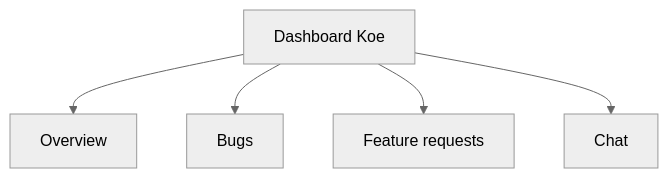
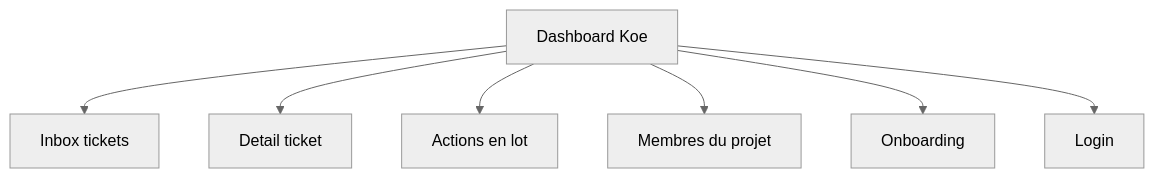
One commit to Wifsimster/koe changed the first of 2 diagrams in docs/statut-dashboard.md. Above: the diagram before and after it, drawn with Mermaid (neutral theme). The commit also changed other lines of this file and 5 other files, not shown here.

````diff
--- a/docs/statut-dashboard.md
+++ b/docs/statut-dashboard.md
@@ -7,7 +7,9 @@
 ```mermaid
 graph TD
-    A[Dashboard Koe] --> B[Overview]
-    A --> C[Bugs]
-    A --> D[Feature requests]
-    A --> E[Chat]
+    A[Dashboard Koe] --> B[Inbox tickets]
+    A --> C[Detail ticket]
+    A --> D[Actions en lot]
+    A --> E[Membres du projet]
+    A --> F[Onboarding]
+    A --> G[Login]
 ```
````
